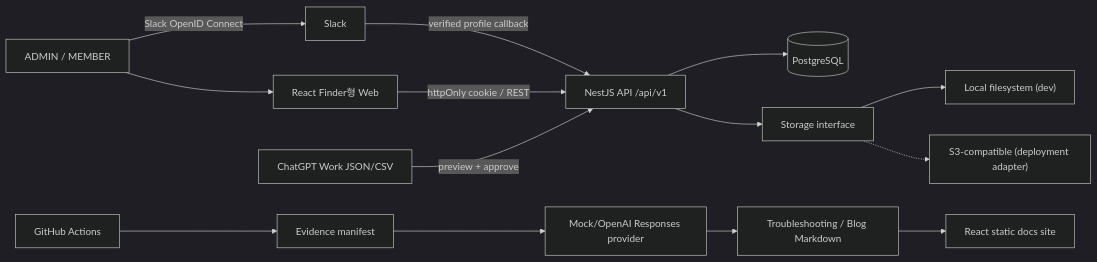
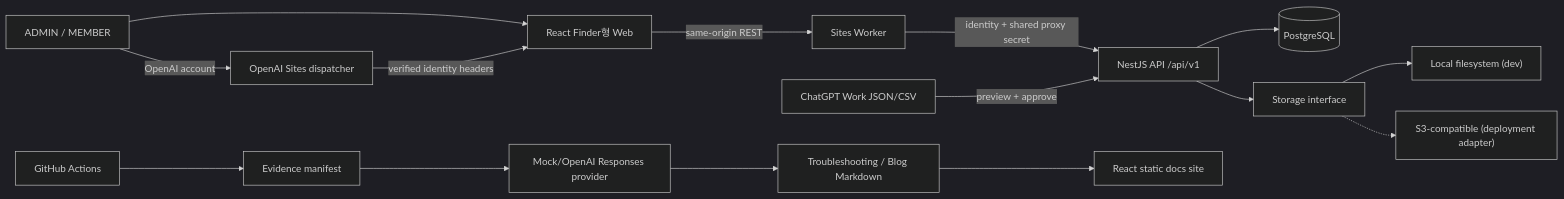
The first of 2 diagrams in docs/architecture/system-overview.md (edder773/careerground), drawn with Mermaid (dark theme) before and after one commit. The commit also changed other lines of this file and 39 other files, not shown here.

First line of the commit message:
feat(auth): use OpenAI Sites identity

````diff
--- a/docs/architecture/system-overview.md
+++ b/docs/architecture/system-overview.md
@@ -5,16 +5,17 @@
 ```mermaid
 flowchart LR
   U["ADMIN / MEMBER"] --> W["React Finder형 Web"]
-  U -->|"Slack OpenID Connect"| SI["Slack"]
-  SI -->|"verified profile callback"| A
-  W -->|"httpOnly cookie / REST"| A["NestJS API /api/v1"]
+  U -->|"OpenAI account"| SI["OpenAI Sites dispatcher"]
+  SI -->|"verified identity headers"| W
+  W -->|"same-origin REST"| SW["Sites Worker"]
+  SW -->|"identity + shared proxy secret"| A["NestJS API /api/v1"]
   A --> P[("PostgreSQL")]
   A --> S["Storage interface"]
   S --> L["Local filesystem (dev)"]
   S -.-> O["S3-compatible (deployment adapter)"]
   C["ChatGPT Work JSON/CSV"] -->|"preview + approve"| A
   G["GitHub Actions"] --> E["Evidence manifest"]
   E --> R["Mock/OpenAI Responses provider"]
   R --> D["Troubleshooting / Blog Markdown"]
   D --> DS["React static docs site"]
 ```
````
